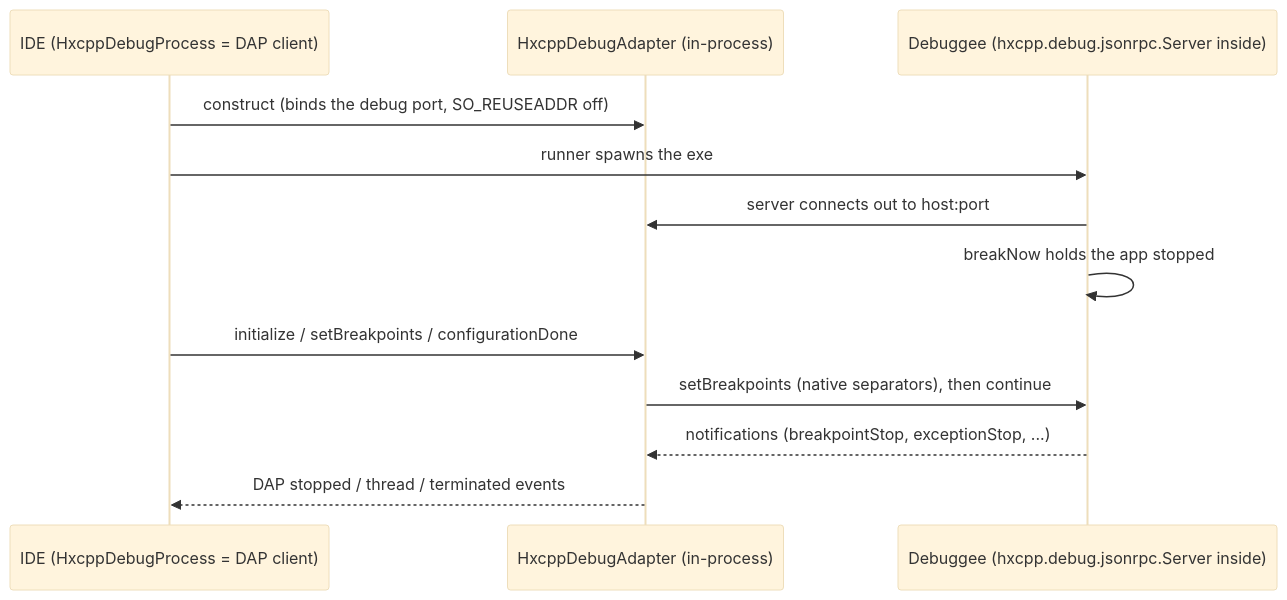
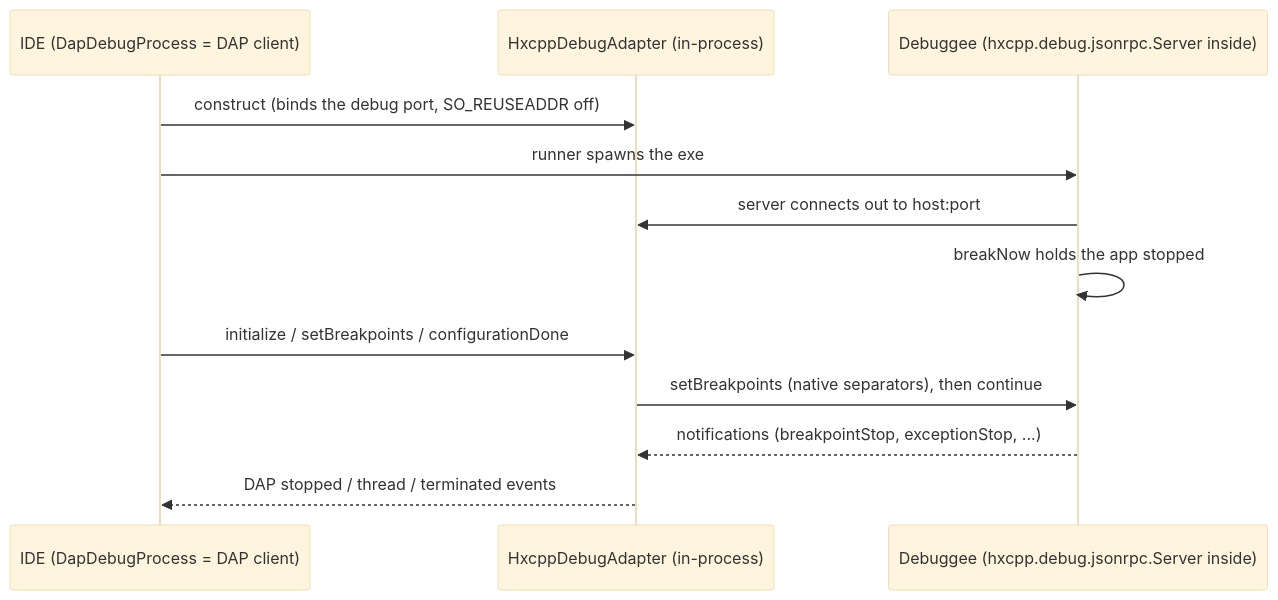
One commit to m0rkeulv/intellij-haxe changed the diagram in debuggers/vshaxe-hxcpp-debugger-adapter/docs/README.md. Above: the diagram before and after it, drawn with Mermaid (base theme). The commit also changed other lines of this file and 55 other files, not shown here.

First line of the commit message:
debuggers: extract a shared DAP IDE layer and fold every debugger onto it

````diff
--- a/debuggers/vshaxe-hxcpp-debugger-adapter/docs/README.md
+++ b/debuggers/vshaxe-hxcpp-debugger-adapter/docs/README.md
@@ -31,15 +31,15 @@
 ```mermaid
 sequenceDiagram
-    participant IDE as IDE (HxcppDebugProcess = DAP client)
+    participant IDE as IDE (DapDebugProcess = DAP client)
     participant A as HxcppDebugAdapter (in-process)
     participant App as Debuggee (hxcpp.debug.jsonrpc.Server inside)
 
     IDE->>A: construct (binds the debug port, SO_REUSEADDR off)
     IDE->>App: runner spawns the exe
     App->>A: server connects out to host:port
     App->>App: breakNow holds the app stopped
     IDE->>A: initialize / setBreakpoints / configurationDone
     A->>App: setBreakpoints (native separators), then continue
     App-->>A: notifications (breakpointStop, exceptionStop, ...)
     A-->>IDE: DAP stopped / thread / terminated events
 ```
````
